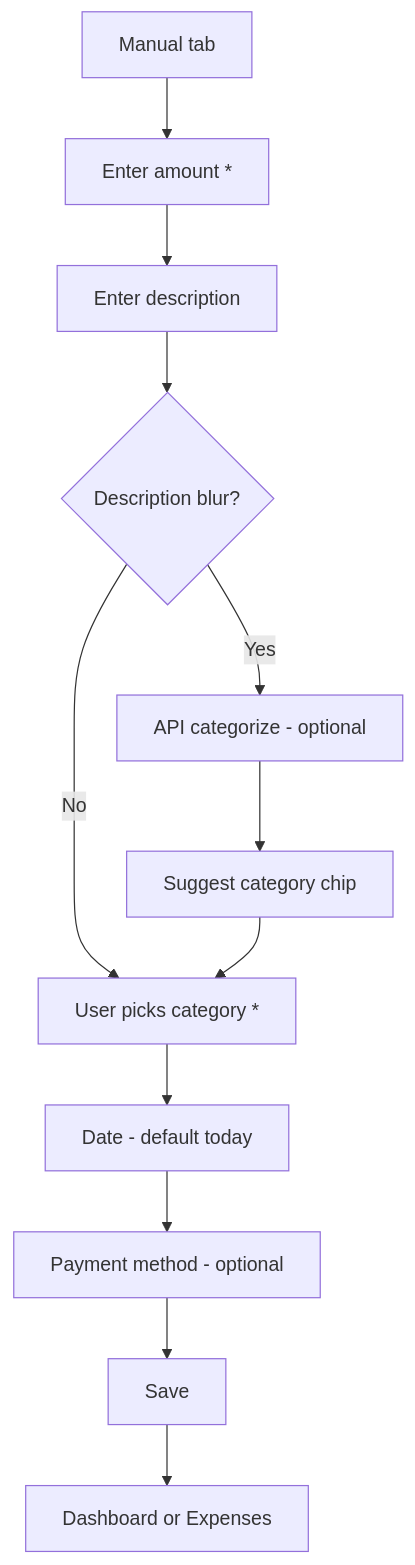
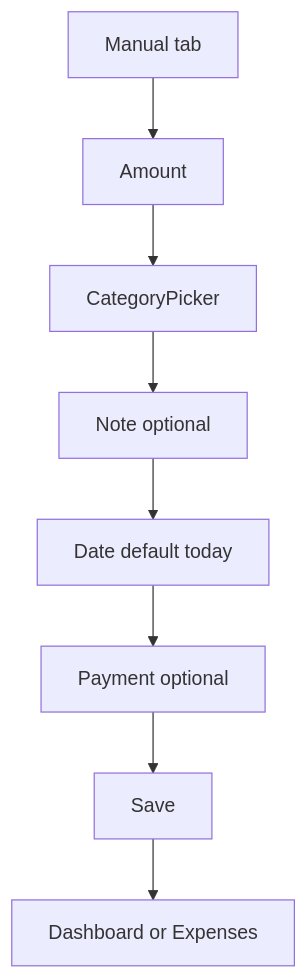
One commit to MushfiqMoon/PoysaPath changed the third of 3 diagrams in docs/planning-design.md. Above: the diagram before and after it, drawn with Mermaid. The commit also changed other lines of this file and 41 other files, not shown here.

````diff
--- a/docs/planning-design.md
+++ b/docs/planning-design.md
@@ -187,14 +78,10 @@
 ```mermaid
 flowchart TD
-    A[Manual tab] --> B[Enter amount *]
-    B --> C[Enter description]
-    C --> D{Description blur?}
-    D -->|Yes| E[API categorize - optional]
-    E --> F[Suggest category chip]
-    D -->|No| G[User picks category *]
-    F --> G
-    G --> H[Date - default today]
-    H --> I[Payment method - optional]
-    I --> J[Save]
-    J --> K[Dashboard or Expenses]
+    manual[Manual tab] --> amount[Amount]
+    amount --> category[CategoryPicker]
+    category --> note[Note optional]
+    note --> date[Date default today]
+    date --> payment[Payment optional]
+    payment --> save[Save]
+    save --> done[Dashboard or Expenses]
 ```
````
